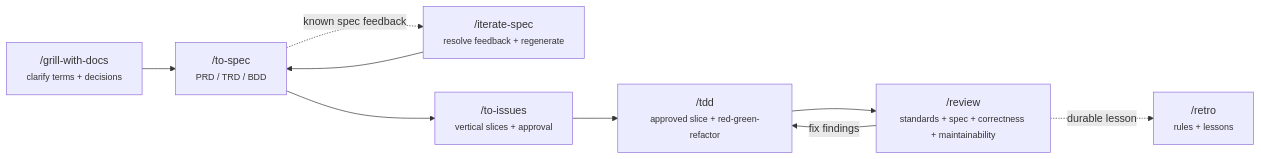
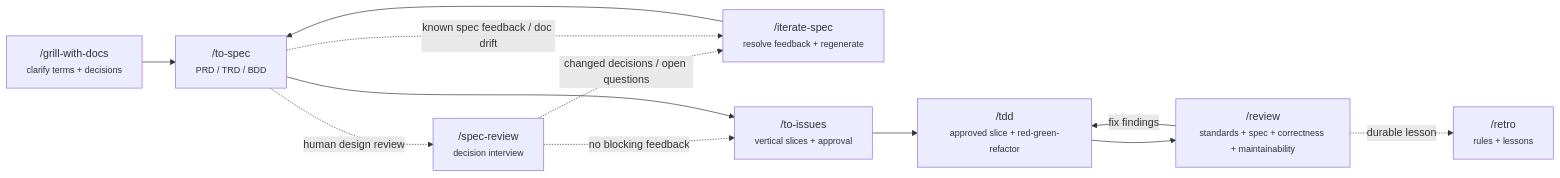
One commit to blntrsz/skills changed the diagram in README.md. Above: the diagram before and after it, drawn with Mermaid. The commit also changed other lines of this file and 2 other files, not shown here.

Commit message:
Add interactive spec review workflow

````diff
--- a/README.md
+++ b/README.md
@@ -7,11 +7,14 @@
 ```mermaid
 flowchart LR
     grill["/grill-with-docs<br/><small>clarify terms + decisions</small>"] --> spec["/to-spec<br/><small>PRD / TRD / BDD</small>"]
-    spec -. "known spec feedback" .-> iterate["/iterate-spec<br/><small>resolve feedback + regenerate</small>"]
+    spec -. "human design review" .-> specReview["/spec-review<br/><small>decision interview</small>"]
+    specReview -. "changed decisions / open questions" .-> iterate["/iterate-spec<br/><small>resolve feedback + regenerate</small>"]
+    specReview -. "no blocking feedback" .-> issues
+    spec -. "known spec feedback / doc drift" .-> iterate
     iterate --> spec
     spec --> issues["/to-issues<br/><small>vertical slices + approval</small>"]
     issues --> tdd["/tdd<br/><small>approved slice + red-green-refactor</small>"]
     tdd --> review["/review<br/><small>standards + spec + correctness + maintainability</small>"]
     review -- "fix findings" --> tdd
     review -. "durable lesson" .-> retro["/retro<br/><small>rules + lessons</small>"]
 ```
````
